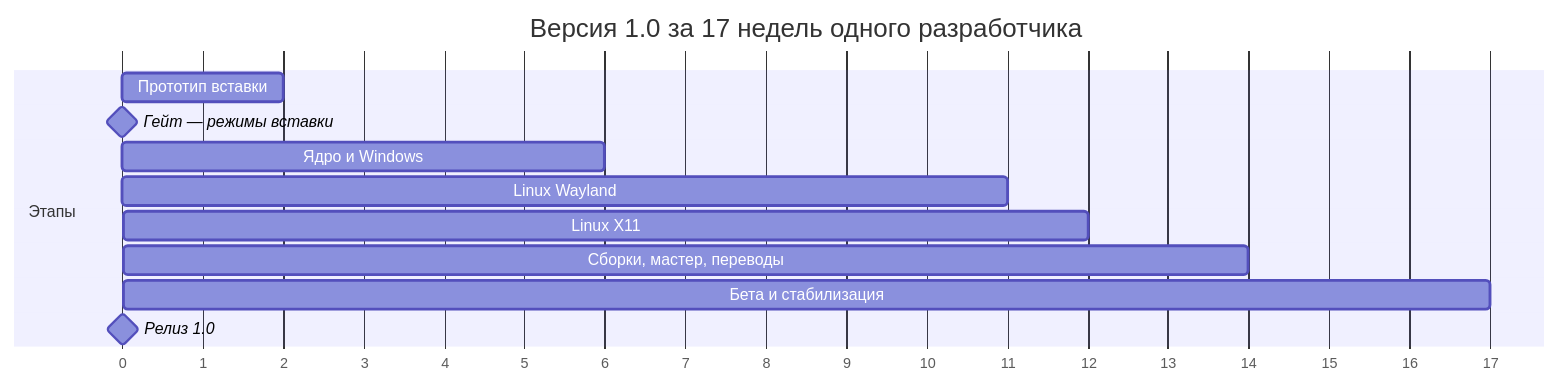
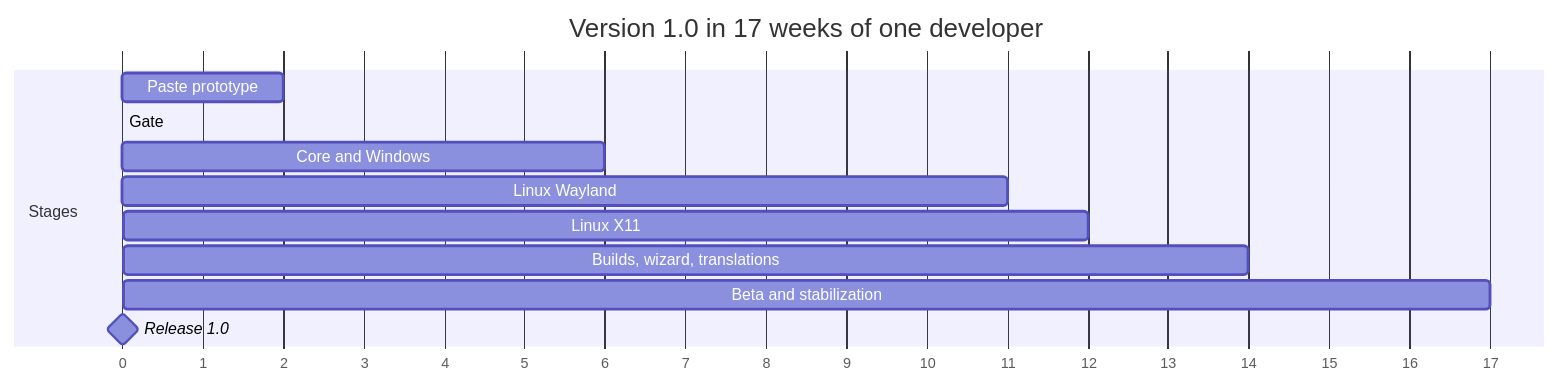
Before and after one commit to metall1c/markpaste: the second of 2 diagrams in TZ.md, drawn with Mermaid. The commit also changed other lines of this file and 31 other files, not shown here.

````diff
--- a/TZ.md
+++ b/TZ.md
@@ -601,15 +605,15 @@
 ```mermaid
 gantt
-  title Версия 1.0 за 17 недель одного разработчика
+  title Version 1.0 in 17 weeks of one developer
   dateFormat X
   axisFormat %s
-  section Этапы
-  Прототип вставки           :0, 2
-  Гейт — режимы вставки      :milestone, 2, 0
-  Ядро и Windows             :2, 6
+  section Stages
+  Paste prototype            :0, 2
+  Gate: paste modes          :milestone, 2, 0
+  Core and Windows           :2, 6
   Linux Wayland              :6, 11
   Linux X11                  :11, 12
-  Сборки, мастер, переводы   :12, 14
-  Бета и стабилизация        :14, 17
-  Релиз 1.0                  :milestone, 17, 0
+  Builds, wizard, translations :12, 14
+  Beta and stabilization     :14, 17
+  Release 1.0                :milestone, 17, 0
 ```
````
